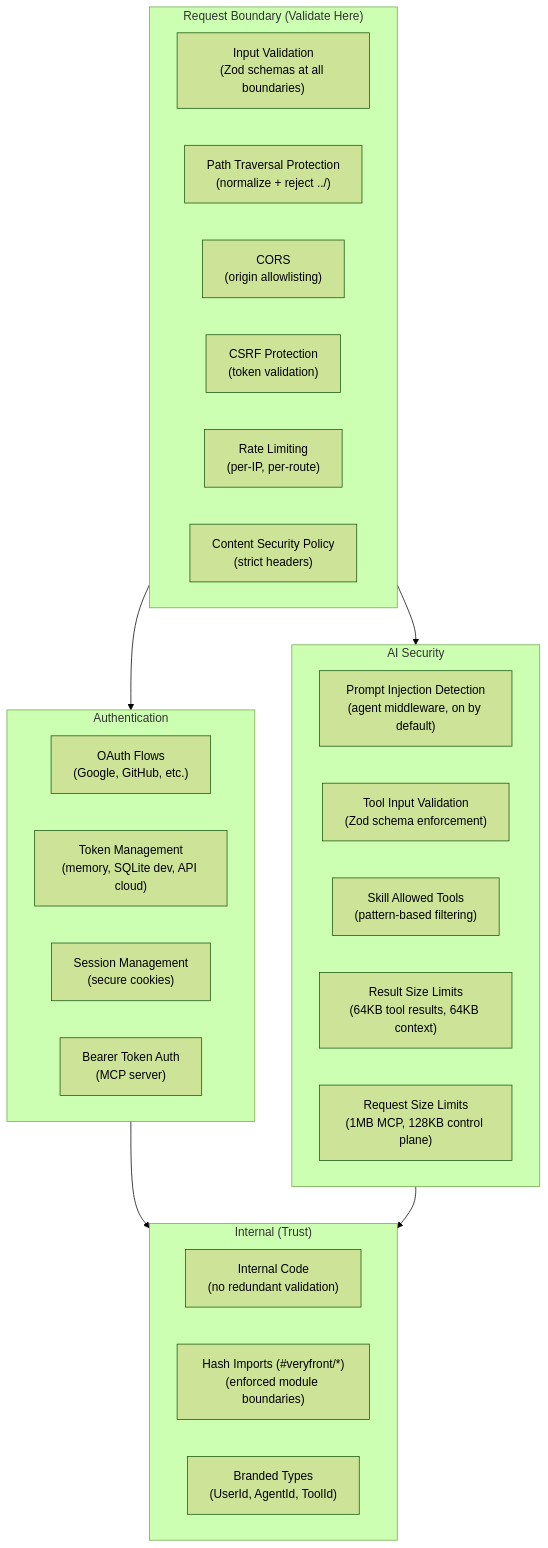
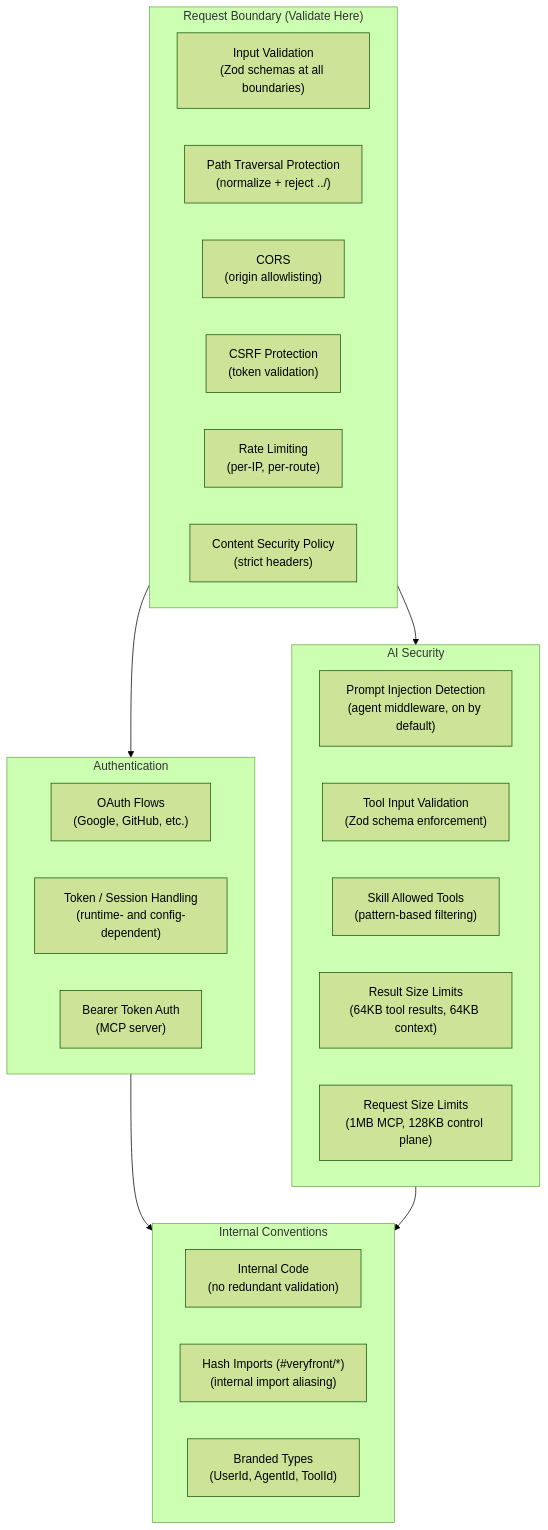
Before and after one commit to veryfront/veryfront-code: the fourth of 5 diagrams in docs/architecture/06-discovery-extensions.md, drawn with Mermaid (forest theme). The commit also changed other lines of this file and 28 other files, not shown here.

````diff
--- a/docs/architecture/06-discovery-extensions.md
+++ b/docs/architecture/06-discovery-extensions.md
@@ -241,37 +220,36 @@
 ```mermaid
 flowchart TD
     subgraph RequestBoundary["Request Boundary (Validate Here)"]
         InputVal["Input Validation<br/>(Zod schemas at all boundaries)"]
         PathTraversal["Path Traversal Protection<br/>(normalize + reject ../)"]
         CORS2["CORS<br/>(origin allowlisting)"]
         CSRF["CSRF Protection<br/>(token validation)"]
         RateLimit["Rate Limiting<br/>(per-IP, per-route)"]
         CSP["Content Security Policy<br/>(strict headers)"]
     end
 
     subgraph AuthLayer["Authentication"]
         OAuth2["OAuth Flows<br/>(Google, GitHub, etc.)"]
-        TokenMgmt["Token Management<br/>(memory, SQLite dev, API cloud)"]
-        SessionMgmt["Session Management<br/>(secure cookies)"]
+        TokenMgmt["Token / Session Handling<br/>(runtime- and config-dependent)"]
         BearerAuth["Bearer Token Auth<br/>(MCP server)"]
     end
 
     subgraph AISecLayer["AI Security"]
         PromptInjection["Prompt Injection Detection<br/>(agent middleware, on by default)"]
         ToolValidation["Tool Input Validation<br/>(Zod schema enforcement)"]
         SkillAllowed["Skill Allowed Tools<br/>(pattern-based filtering)"]
         ResultLimits["Result Size Limits<br/>(64KB tool results, 64KB context)"]
         RequestLimits["Request Size Limits<br/>(1MB MCP, 128KB control plane)"]
     end
 
-    subgraph Internal["Internal (Trust)"]
+    subgraph Internal["Internal Conventions"]
         InternalCode["Internal Code<br/>(no redundant validation)"]
-        HashImports["Hash Imports (#veryfront/*)<br/>(enforced module boundaries)"]
+        HashImports["Hash Imports (#veryfront/*)<br/>(internal import aliasing)"]
         BrandedIDs["Branded Types<br/>(UserId, AgentId, ToolId)"]
     end
 
     RequestBoundary --> AuthLayer
     RequestBoundary --> AISecLayer
     AuthLayer --> Internal
     AISecLayer --> Internal
 ```
````
